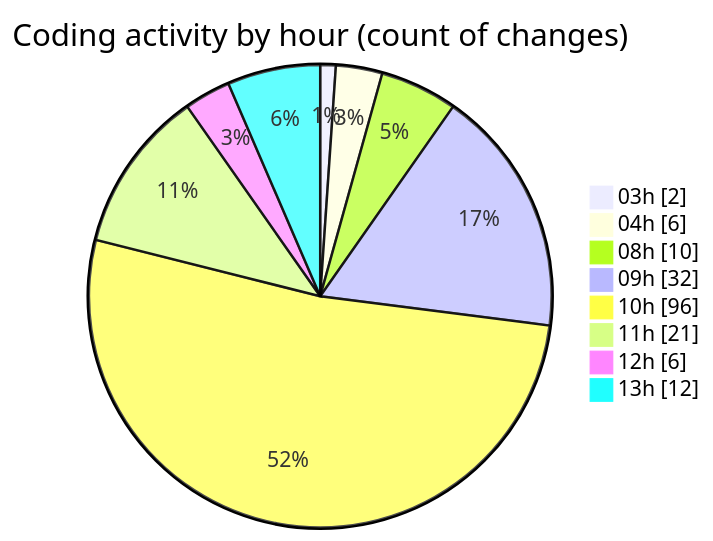
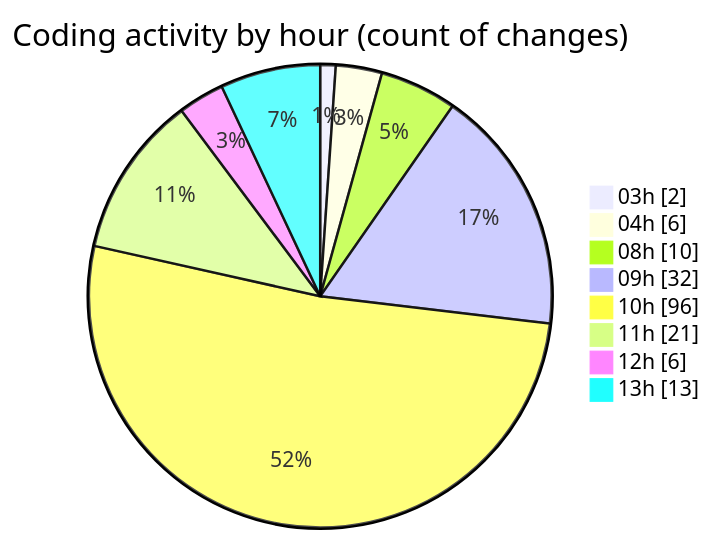
One commit to tmsrecording-cyber/code-tracking changed the second of 2 diagrams in 2026-02-07/singularitybrainai/README.md. Above: the diagram before and after it, drawn with Mermaid. The commit also changed other lines of this file and 1 other file, not shown here.

````diff
--- a/2026-02-07/singularitybrainai/README.md
+++ b/2026-02-07/singularitybrainai/README.md
@@ -54,12 +54,12 @@
 ```mermaid
 pie showData
 title Coding activity by hour (count of changes)
 "03h" : 2
 "04h" : 6
 "08h" : 10
 "09h" : 32
 "10h" : 96
 "11h" : 21
 "12h" : 6
-"13h" : 12
+"13h" : 13
 ```
````
